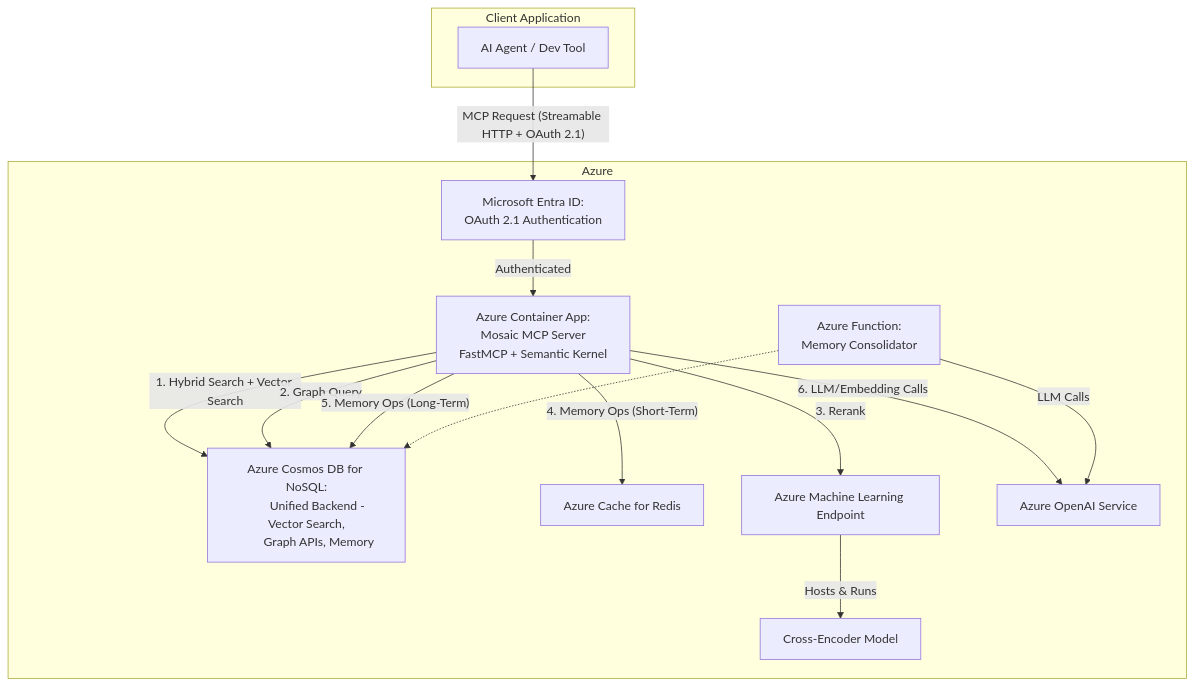
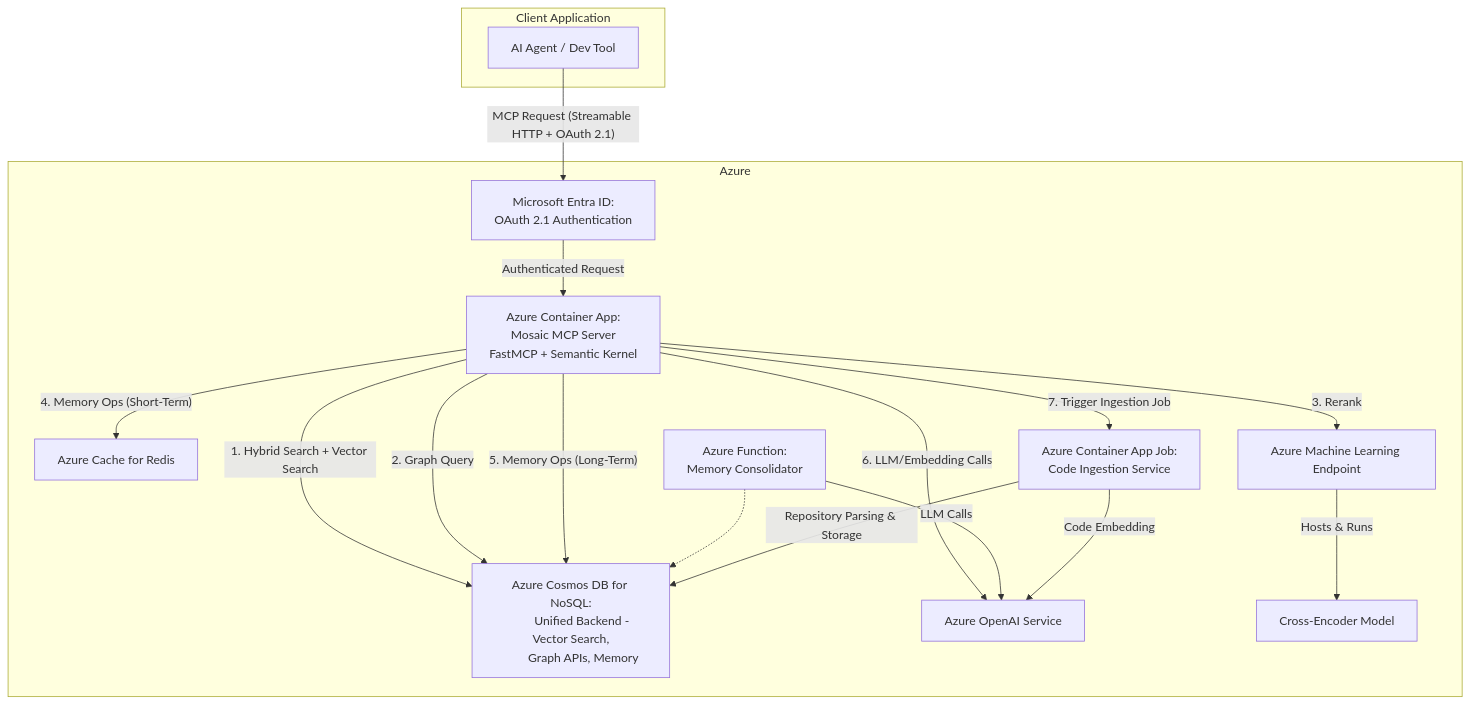
Before and after one commit to ChrisMcKee1/Mosaic: the diagram in docs/Mosaic_MCP_Tool_TDD.md, drawn with Mermaid. The commit also changed other lines of this file and 15 other files, not shown here.

````diff
--- a/docs/Mosaic_MCP_Tool_TDD.md
+++ b/docs/Mosaic_MCP_Tool_TDD.md
@@ -32,35 +32,40 @@
 ```mermaid
 flowchart TD
     subgraph "Client Application"
         A["AI Agent / Dev Tool"]
     end
     
     subgraph "Azure"
         B["Azure Container App:
         Mosaic MCP Server
         FastMCP + Semantic Kernel"]
         D["Azure Cosmos DB for NoSQL:
         Unified Backend - Vector Search,
         Graph APIs, Memory"]
         E["Azure Cache for Redis"]
         F["Azure Machine Learning Endpoint"]
         G["Azure Function:
         Memory Consolidator"]
         H["Azure OpenAI Service"]
         I["Cross-Encoder Model"]
         J["Microsoft Entra ID:
         OAuth 2.1 Authentication"]
+        K["Azure Container App Job:
+        Code Ingestion Service"]
     end
     
     A -- "MCP Request (Streamable HTTP + OAuth 2.1)" --> J
-    J -- "Authenticated" --> B
+    J -- "Authenticated Request" --> B
     B -- "1. Hybrid Search + Vector Search" --> D
     B -- "2. Graph Query" --> D
     B -- "3. Rerank" --> F
     B -- "4. Memory Ops (Short-Term)" --> E
     B -- "5. Memory Ops (Long-Term)" --> D
     B -- "6. LLM/Embedding Calls" --> H
+    B -- "7. Trigger Ingestion Job" --> K
     F -- "Hosts & Runs" --> I
     G -.-> D
     G -- "LLM Calls" --> H
+    K -- "Repository Parsing & Storage" --> D
+    K -- "Code Embedding" --> H
 ```
````
